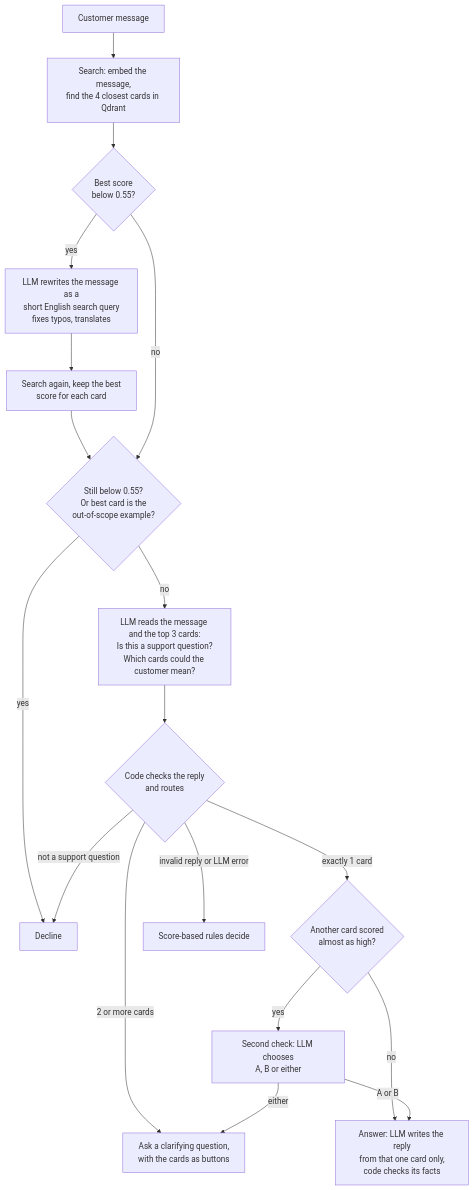
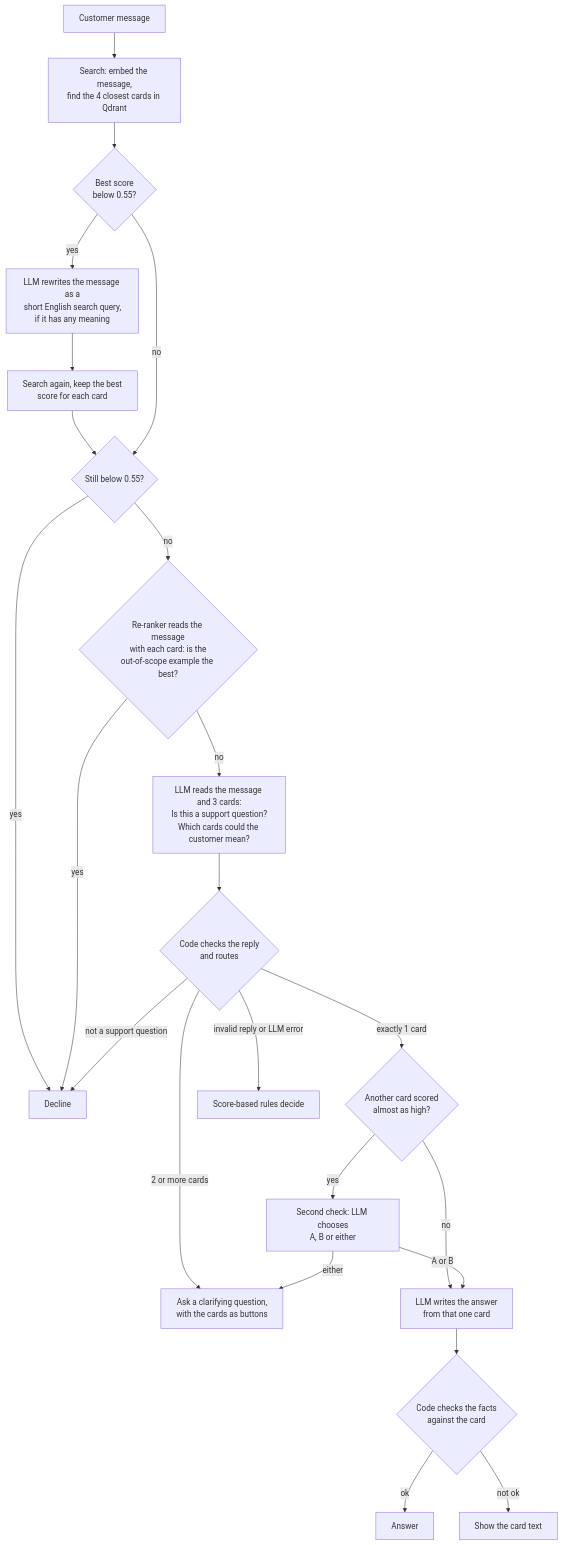
One commit to EinaasKharsah/agentic-support-assistant changed the diagram in README.md. Above: the diagram before and after it, drawn with Mermaid. The commit also changed other lines of this file and 1 other file, not shown here.

````diff
--- a/README.md
+++ b/README.md
@@ -90,20 +95,25 @@
 ```mermaid
 flowchart TD
     M[Customer message] --> S[Search: embed the message,<br/>find the 4 closest cards in Qdrant]
     S --> W{Best score<br/>below 0.55?}
-    W -- yes --> R[LLM rewrites the message as a<br/>short English search query<br/>fixes typos, translates]
+    W -- yes --> R[LLM rewrites the message as a<br/>short English search query,<br/>if it has any meaning]
     R --> S2[Search again, keep the best<br/>score for each card]
     S2 --> G1
-    W -- no --> G1{Still below 0.55?<br/>Or best card is the<br/>out-of-scope example?}
+    W -- no --> G1{Still below 0.55?}
     G1 -- yes --> D[Decline]
-    G1 -- no --> L[LLM reads the message and the top 3 cards:<br/>Is this a support question?<br/>Which cards could the customer mean?]
+    G1 -- no --> RR{Re-ranker reads the message<br/>with each card: is the<br/>out-of-scope example the best?}
+    RR -- yes --> D
+    RR -- no --> L[LLM reads the message and 3 cards:<br/>Is this a support question?<br/>Which cards could the customer mean?]
     L --> V{Code checks the reply<br/>and routes}
     V -- not a support question --> D
     V -- 2 or more cards --> C[Ask a clarifying question,<br/>with the cards as buttons]
     V -- exactly 1 card --> SC{Another card scored<br/>almost as high?}
-    SC -- no --> A[Answer: LLM writes the reply<br/>from that one card only,<br/>code checks its facts]
+    SC -- no --> A[LLM writes the answer<br/>from that one card]
     SC -- yes --> X[Second check: LLM chooses<br/>A, B or either]
     X -- A or B --> A
     X -- either --> C
+    A --> FC{Code checks the facts<br/>against the card}
+    FC -- ok --> OUT[Answer]
+    FC -- not ok --> CARD[Show the card text]
     V -- invalid reply or LLM error --> F[Score-based rules decide]
 ```
````
